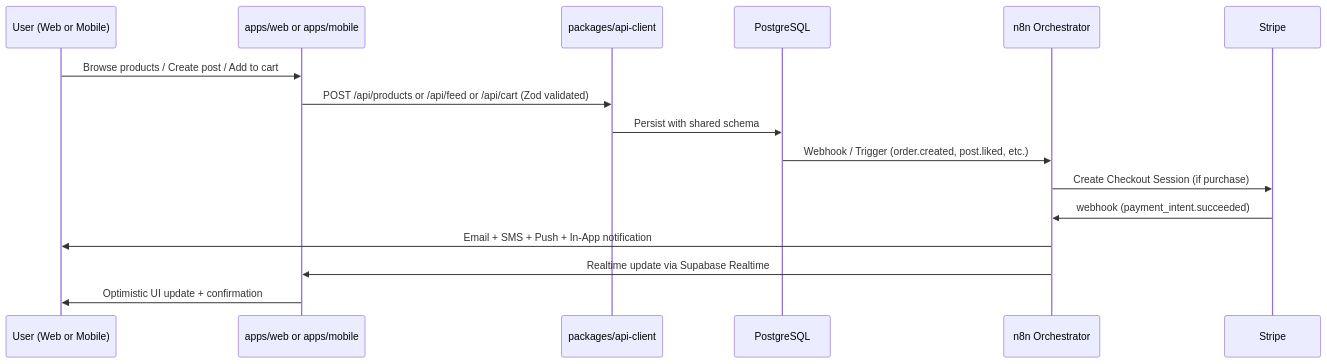
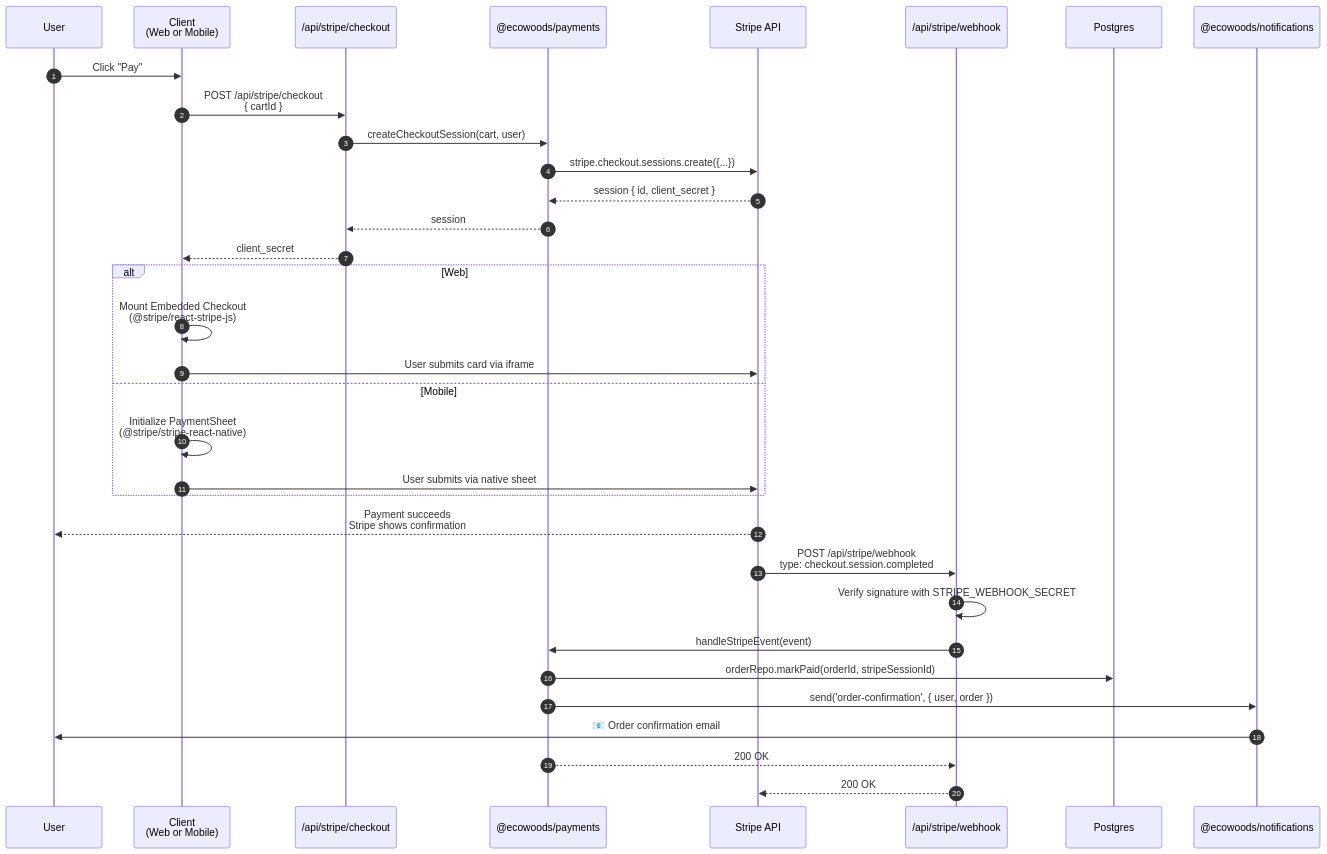
One commit to iceccarelli/ecowoods-app changed the fifth of 9 diagrams in README.md. Above: the diagram before and after it, drawn with Mermaid. The commit also changed other lines of this file, not shown here.

````diff
--- a/README.md
+++ b/README.md
@@ -120,35 +739,38 @@
 ```mermaid
+sequenceDiagram
+    autonumber
+    participant U as User
+    participant C as Client<br/>(Web or Mobile)
+    participant API as /api/stripe/checkout
+    participant SP as @ecowoods/payments
+    participant Stripe as Stripe API
+    participant WH as /api/stripe/webhook
+    participant DB as Postgres
+    participant N as @ecowoods/notifications
 
-sequenceDiagram
+    U->>C: Click "Pay"
+    C->>API: POST /api/stripe/checkout<br/>{ cartId }
+    API->>SP: createCheckoutSession(cart, user)
+    SP->>Stripe: stripe.checkout.sessions.create({...})
+    Stripe-->>SP: session { id, client_secret }
+    SP-->>API: session
+    API-->>C: client_secret
 
-    participant User as User (Web or Mobile)
+    alt Web
+        C->>C: Mount Embedded Checkout<br/>(@stripe/react-stripe-js)
+        C->>Stripe: User submits card via iframe
+    else Mobile
+        C->>C: Initialize PaymentSheet<br/>(@stripe/stripe-react-native)
+        C->>Stripe: User submits via native sheet
+    end
 
-    participant Frontend as apps/web or apps/mobile
-
-    participant API as packages/api-client
-
-    participant DB as PostgreSQL
-
-    participant n8n as n8n Orchestrator
-
-    participant Stripe as Stripe
-
-    User->>Frontend: Browse products / Create post / Add to cart
-
-    Frontend->>API: POST /api/products or /api/feed or /api/cart (Zod validated)
-
-    API->>DB: Persist with shared schema
-
-    DB->>n8n: Webhook / Trigger (order.created, post.liked, etc.)
-
-    n8n->>Stripe: Create Checkout Session (if purchase)
-
-    Stripe->>n8n: webhook (payment_intent.succeeded)
-
-    n8n->>User: Email + SMS + Push + In-App notification
-
-    n8n->>Frontend: Realtime update via Supabase Realtime
-
-    Frontend->>User: Optimistic UI update + confirmation
-
+    Stripe-->>U: Payment succeeds<br/>Stripe shows confirmation
+    Stripe->>WH: POST /api/stripe/webhook<br/>type: checkout.session.completed
+    WH->>WH: Verify signature with STRIPE_WEBHOOK_SECRET
+    WH->>SP: handleStripeEvent(event)
+    SP->>DB: orderRepo.markPaid(orderId, stripeSessionId)
+    SP->>N: send('order-confirmation', { user, order })
+    N->>U: 📧 Order confirmation email
+    SP-->>WH: 200 OK
+    WH-->>Stripe: 200 OK
 ```
````
